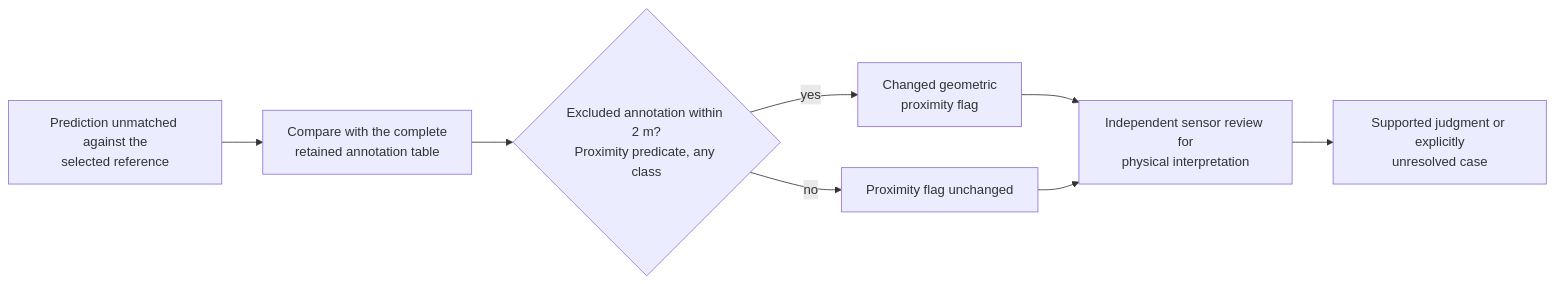
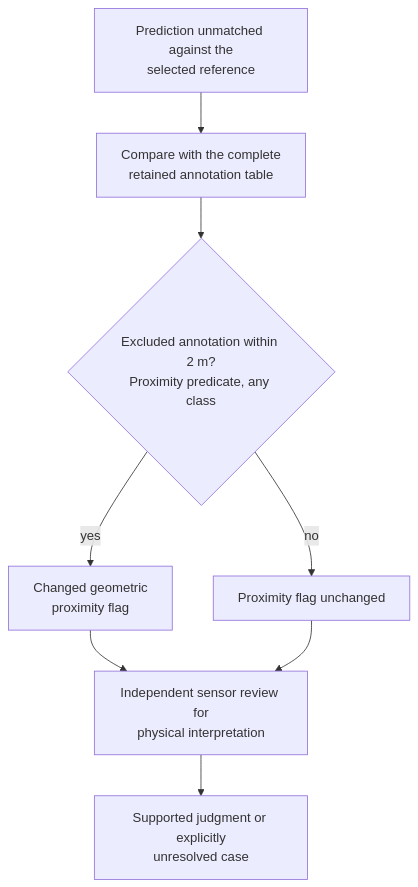
Before and after one commit to manfromnowhere143/reiyah: the fourth of 7 diagrams in README.md, drawn with Mermaid. The commit also changed other lines of this file and 9 other files, not shown here.

````diff
--- a/README.md
+++ b/README.md
@@ -146,10 +170,10 @@
 ```mermaid
-flowchart LR
+flowchart TB
   P["Prediction unmatched against the<br/>selected reference"] --> C["Compare with the complete<br/>retained annotation table"]
   C --> N{"Excluded annotation within 2 m?<br/>Proximity predicate, any class"}
   N -- "yes" --> W["Changed geometric<br/>proximity flag"]
   N -- "no" --> U["Proximity flag unchanged"]
   W --> H["Independent sensor review for<br/>physical interpretation"]
   U --> H
   H --> E["Supported judgment or explicitly<br/>unresolved case"]
 ```
````
